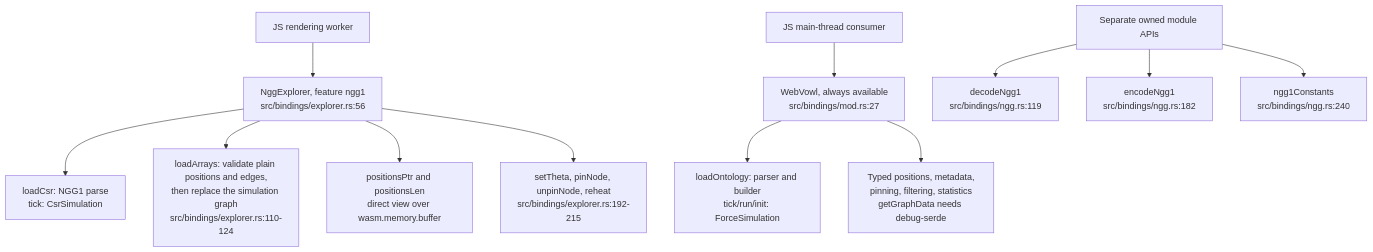
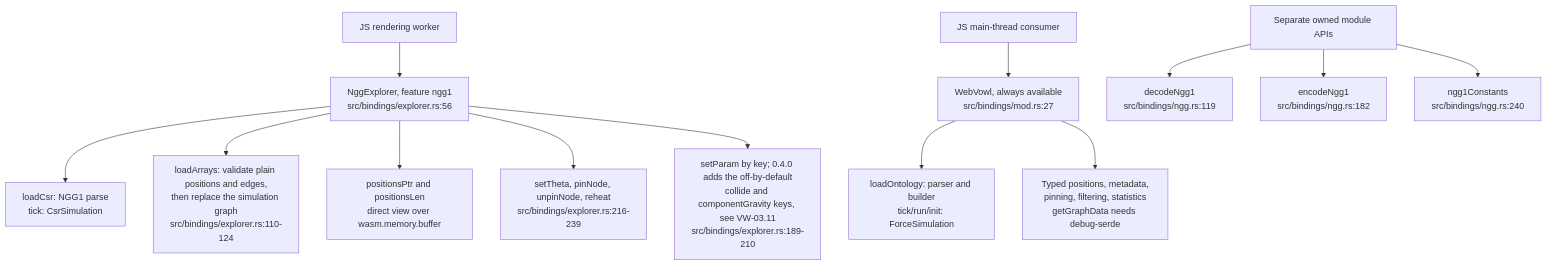
Before and after one commit to DreamLab-AI/VisionFlow: the fifth of 6 diagrams in docs/diagrams/vowl-wasm/01-crate-composition-and-wasm-boundary.md, drawn with Mermaid. The commit also changed other lines of this file and 5 other files, not shown here.

First line of the commit message:
docs(diagrams): vowl-wasm re-verified at v0.4.0 (0779174)

````diff
--- a/docs/diagrams/vowl-wasm/01-crate-composition-and-wasm-boundary.md
+++ b/docs/diagrams/vowl-wasm/01-crate-composition-and-wasm-boundary.md
@@ -91,14 +91,15 @@
 ```mermaid
 flowchart TB
     WORKER["JS rendering worker"] --> NG["NggExplorer, feature ngg1<br/>src/bindings/explorer.rs:56"]
     NG --> LOAD["loadCsr: NGG1 parse<br/>tick: CsrSimulation"]
     NG --> ARR["loadArrays: validate plain positions and edges,<br/>then replace the simulation graph<br/>src/bindings/explorer.rs:110-124"]
     NG --> PTR["positionsPtr and positionsLen<br/>direct view over wasm.memory.buffer"]
-    NG --> TUNE["setTheta, pinNode, unpinNode, reheat<br/>src/bindings/explorer.rs:192-215"]
+    NG --> TUNE["setTheta, pinNode, unpinNode, reheat<br/>src/bindings/explorer.rs:216-239"]
+    NG --> PARAM["setParam by key; 0.4.0 adds the off-by-default<br/>collide and componentGravity keys, see VW-03.11<br/>src/bindings/explorer.rs:189-210"]
     MAIN["JS main-thread consumer"] --> WV["WebVowl, always available<br/>src/bindings/mod.rs:27"]
     WV --> JSON["loadOntology: parser and builder<br/>tick/run/init: ForceSimulation"]
     WV --> STATE["Typed positions, metadata,<br/>pinning, filtering, statistics<br/>getGraphData needs debug-serde"]
     OWNED["Separate owned module APIs"] --> DECODE["decodeNgg1<br/>src/bindings/ngg.rs:119"]
     OWNED --> ENCODE["encodeNgg1<br/>src/bindings/ngg.rs:182"]
     OWNED --> CONST["ngg1Constants<br/>src/bindings/ngg.rs:240"]
 ```
````
